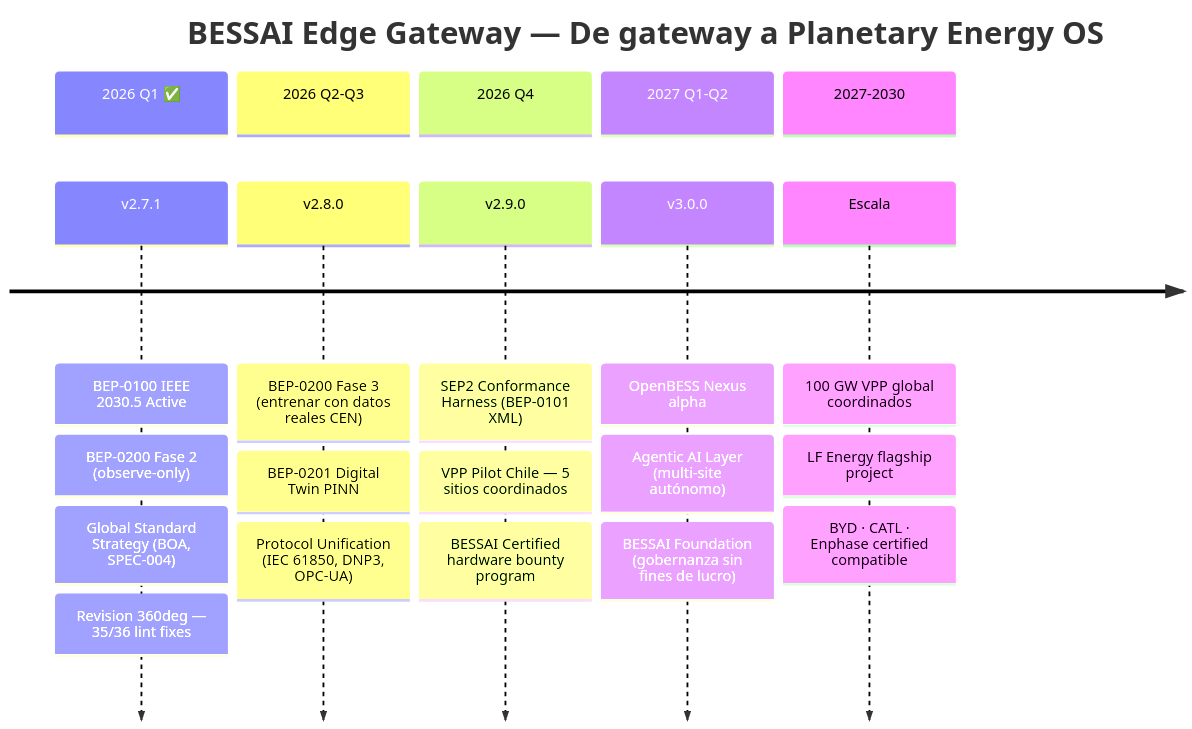
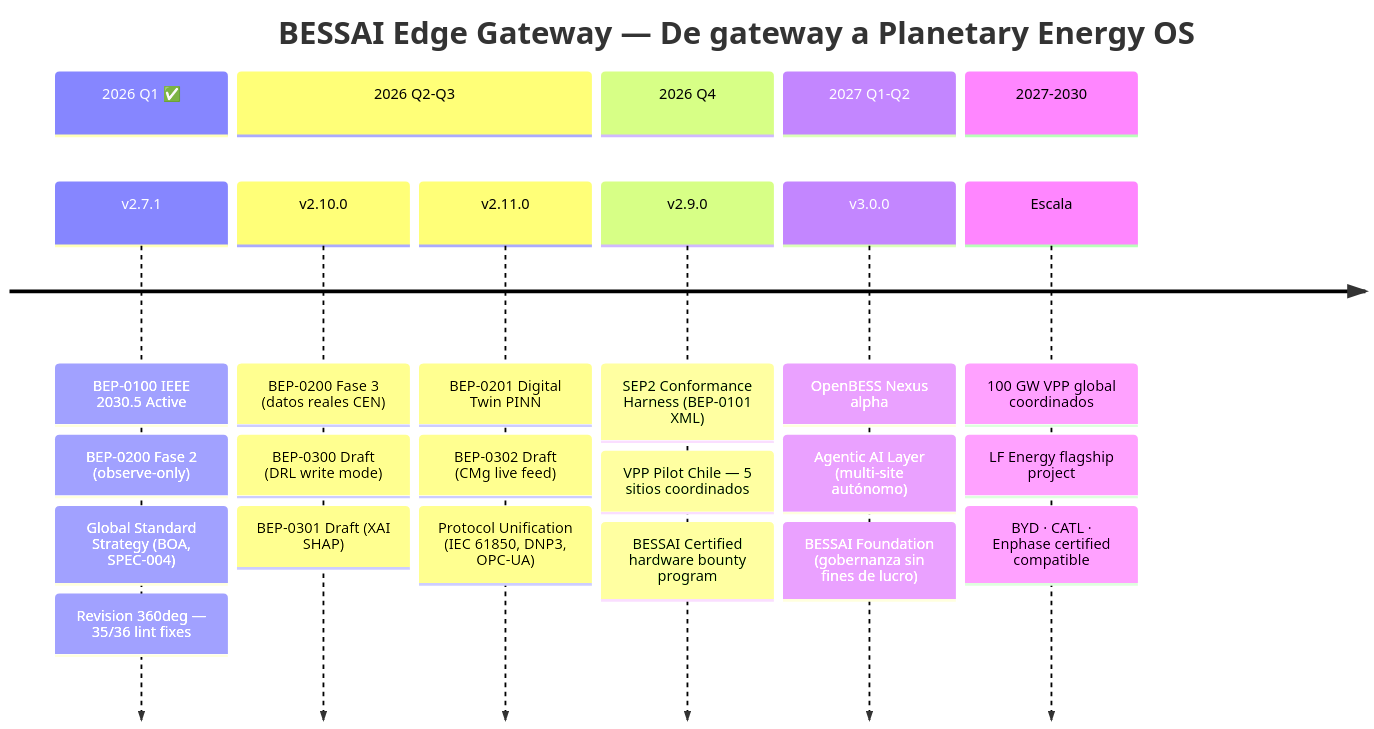
Before and after one commit to bess-solutions/open-bess-edge: the diagram in docs/ROADMAP.md, drawn with Mermaid. The commit also changed other lines of this file and 5 other files, not shown here.

First line of the commit message:
feat(beps): BEP-0300/0301/0302 — AI roadmap formalized

````diff
--- a/docs/ROADMAP.md
+++ b/docs/ROADMAP.md
@@ -46,25 +46,28 @@
 ```mermaid
 timeline
     title BESSAI Edge Gateway — De gateway a Planetary Energy OS
     section 2026 Q1 ✅
         v2.7.1 : BEP-0100 IEEE 2030.5 Active
                : BEP-0200 Fase 2 (observe-only)
                : Global Standard Strategy (BOA, SPEC-004)
                : Revision 360deg — 35/36 lint fixes
     section 2026 Q2-Q3
-        v2.8.0 : BEP-0200 Fase 3 (entrenar con datos reales CEN)
-               : BEP-0201 Digital Twin PINN
+        v2.10.0 : BEP-0200 Fase 3 (datos reales CEN)
+               : BEP-0300 Draft (DRL write mode)
+               : BEP-0301 Draft (XAI SHAP)
+        v2.11.0 : BEP-0201 Digital Twin PINN
+               : BEP-0302 Draft (CMg live feed)
                : Protocol Unification (IEC 61850, DNP3, OPC-UA)
     section 2026 Q4
         v2.9.0 : SEP2 Conformance Harness (BEP-0101 XML)
                : VPP Pilot Chile — 5 sitios coordinados
                : BESSAI Certified hardware bounty program
     section 2027 Q1-Q2
         v3.0.0 : OpenBESS Nexus alpha
                : Agentic AI Layer (multi-site autónomo)
                : BESSAI Foundation (gobernanza sin fines de lucro)
     section 2027-2030
         Escala : 100 GW VPP global coordinados
                : LF Energy flagship project
                : BYD · CATL · Enphase certified compatible
 ```
````
